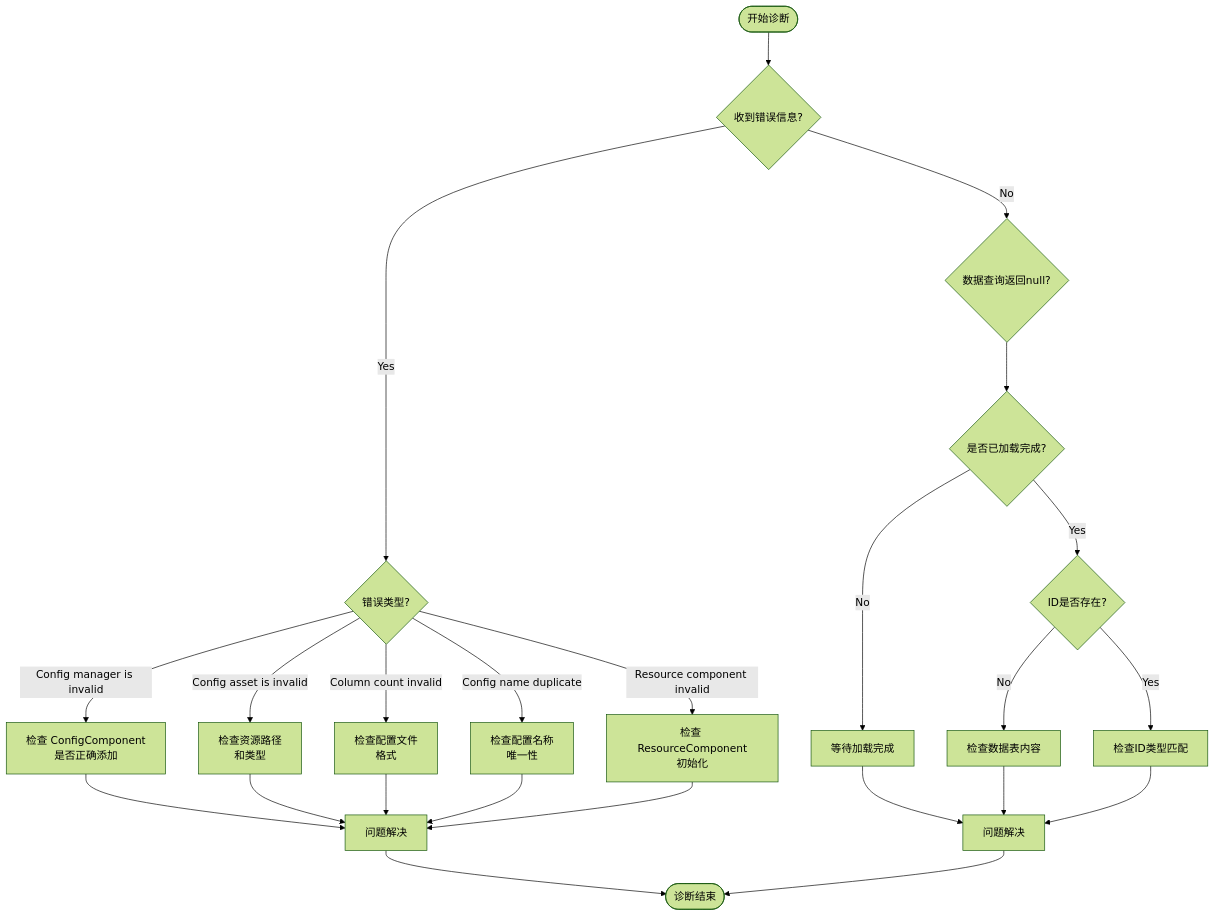
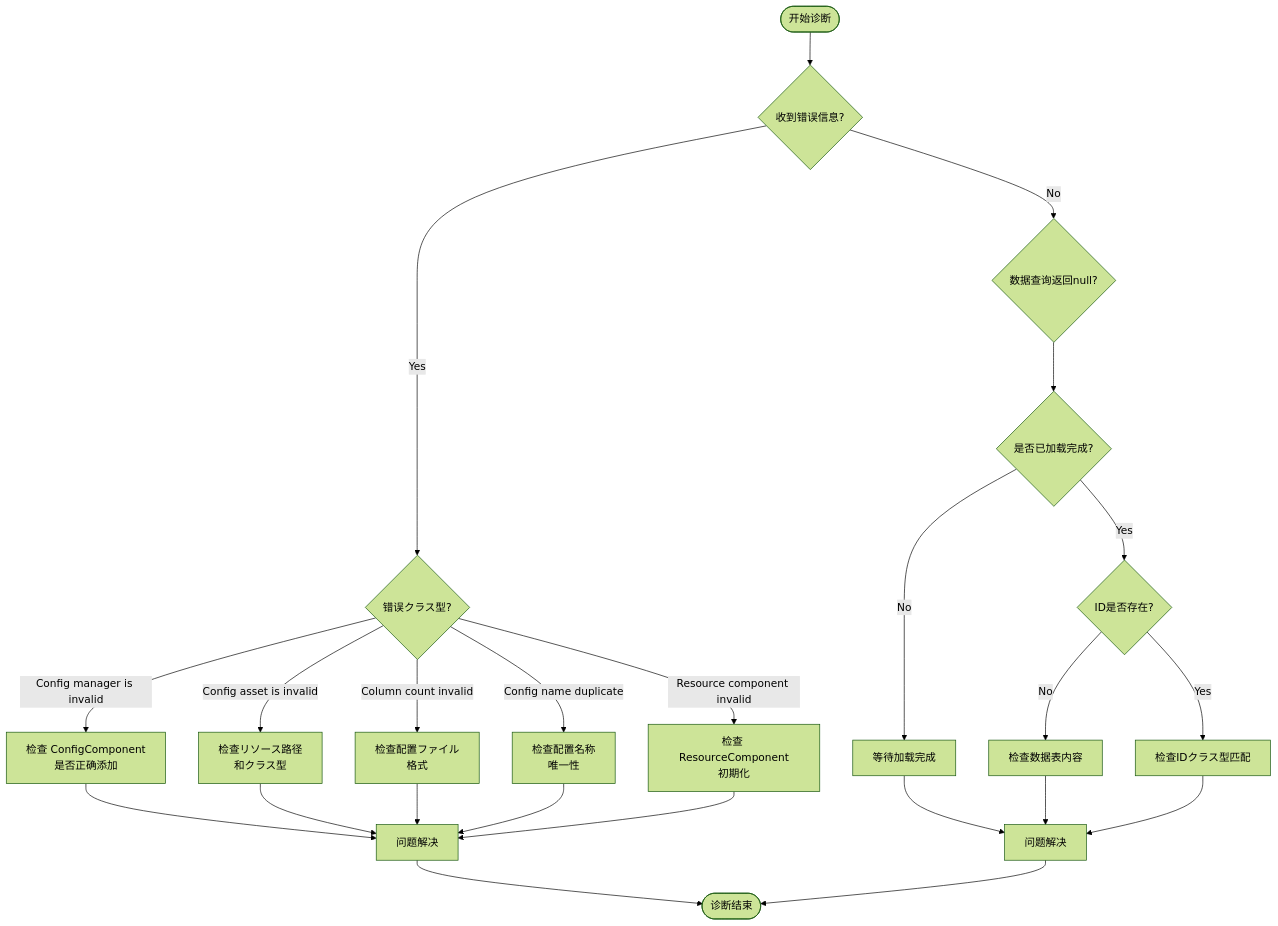
Before and after one commit to AlianBlank/GameFrameX.Docs: the diagram in docs/ja/client/unity/component/config/14.troubleshooting.md, drawn with Mermaid (forest theme). The commit also changed other lines of this file and 603 other files, not shown here.

````diff
--- a/docs/ja/client/unity/component/config/14.troubleshooting.md
+++ b/docs/ja/client/unity/component/config/14.troubleshooting.md
@@ -189,32 +189,32 @@
 ```mermaid
 flowchart TD
     Start([开始诊断]) --> Check1{收到错误信息?}
     
-    Check1 -->|Yes| ErrorCheck{错误类型?}
+    Check1 -->|Yes| ErrorCheck{错误クラス型?}
     Check1 -->|No| CheckData{数据查询返回null?}
     
     ErrorCheck -->|"Config manager is invalid"| Fix1[检查 ConfigComponent<br/>是否正确添加]
-    ErrorCheck -->|"Config asset is invalid"| Fix2[检查资源路径<br/>和类型]
-    ErrorCheck -->|"Column count invalid"| Fix3[检查配置文件<br/>格式]
+    ErrorCheck -->|"Config asset is invalid"| Fix2[检查リソース路径<br/>和クラス型]
+    ErrorCheck -->|"Column count invalid"| Fix3[检查配置ファイル<br/>格式]
     ErrorCheck -->|"Config name duplicate"| Fix4[检查配置名称<br/>唯一性]
-    ErrorCheck -->|"Resource component invalid"| Fix5[检查 ResourceComponent<br/>初始化]
+    ErrorCheck -->|"Resource component invalid"| Fix5[检查 ResourceComponent<br/>初期化]
     
     Fix1 --> Done1[问题解决]
     Fix2 --> Done1
     Fix3 --> Done1
     Fix4 --> Done1
     Fix5 --> Done1
     
     CheckData --> LoadComplete{是否已加载完成?}
     LoadComplete -->|No| Fix6[等待加载完成]
     LoadComplete -->|Yes| IdValid{ID是否存在?}
     IdValid -->|No| Fix7[检查数据表内容]
-    IdValid -->|Yes| Fix8[检查ID类型匹配]
+    IdValid -->|Yes| Fix8[检查IDクラス型匹配]
     
     Fix6 --> Done2[问题解决]
     Fix7 --> Done2
     Fix8 --> Done2
     
     Done1 --> End([诊断结束])
     Done2 --> End
 ```
````
